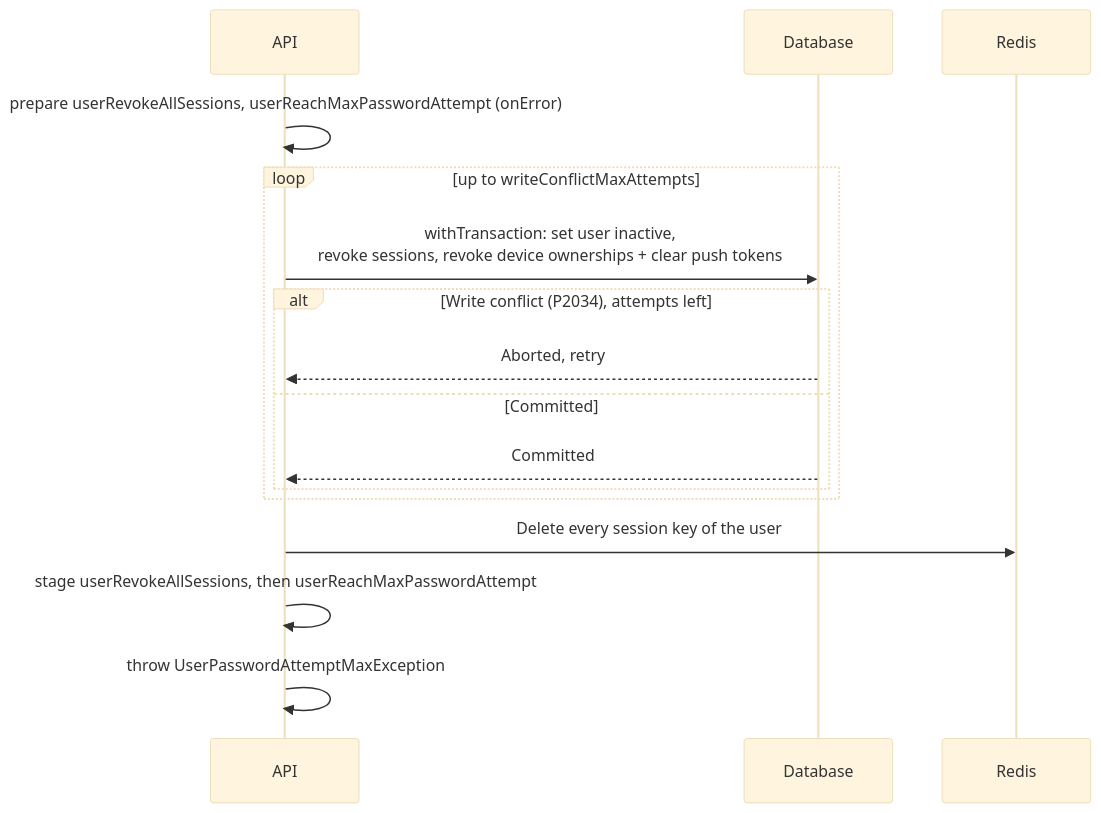
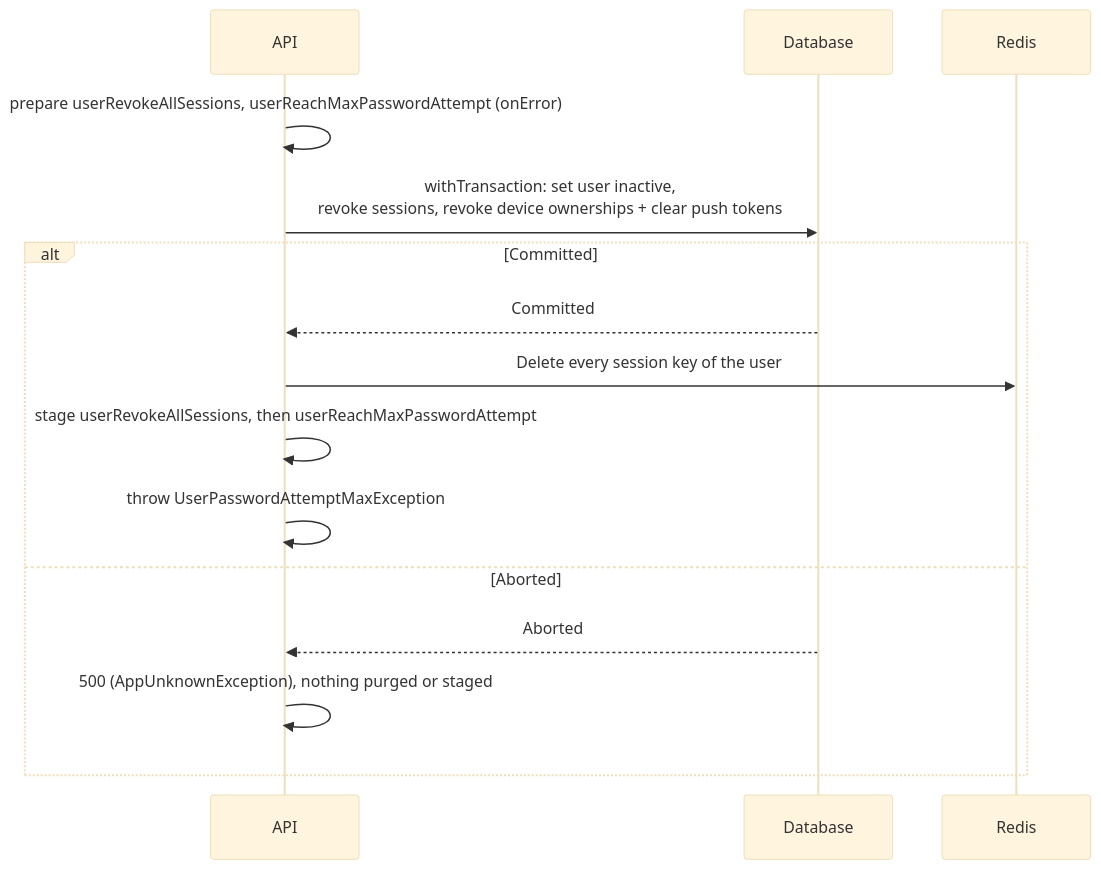
The third of 10 diagrams in docs/authentication.md (andrechristikan/ack-nestjs-boilerplate), drawn with Mermaid (base theme) before and after one commit. The commit also changed other lines of this file and 530 other files, not shown here.

````diff
--- a/docs/authentication.md
+++ b/docs/authentication.md
@@ -291,19 +288,18 @@
 ```mermaid
 sequenceDiagram
     participant API
     participant Database
     participant Redis
 
     API->>API: prepare userRevokeAllSessions, userReachMaxPasswordAttempt (onError)
-    loop up to writeConflictMaxAttempts
-        API->>Database: withTransaction: set user inactive,<br/>revoke sessions, revoke device ownerships + clear push tokens
-        alt Write conflict (P2034), attempts left
-            Database-->>API: Aborted, retry
-        else Committed
-            Database-->>API: Committed
-        end
+    API->>Database: withTransaction: set user inactive,<br/>revoke sessions, revoke device ownerships + clear push tokens
+    alt Committed
+        Database-->>API: Committed
+        API->>Redis: Delete every session key of the user
+        API->>API: stage userRevokeAllSessions, then userReachMaxPasswordAttempt
+        API->>API: throw UserPasswordAttemptMaxException
+    else Aborted
+        Database-->>API: Aborted
+        API->>API: 500 (AppUnknownException), nothing purged or staged
     end
-    API->>Redis: Delete every session key of the user
-    API->>API: stage userRevokeAllSessions, then userReachMaxPasswordAttempt
-    API->>API: throw UserPasswordAttemptMaxException
 ```
````
